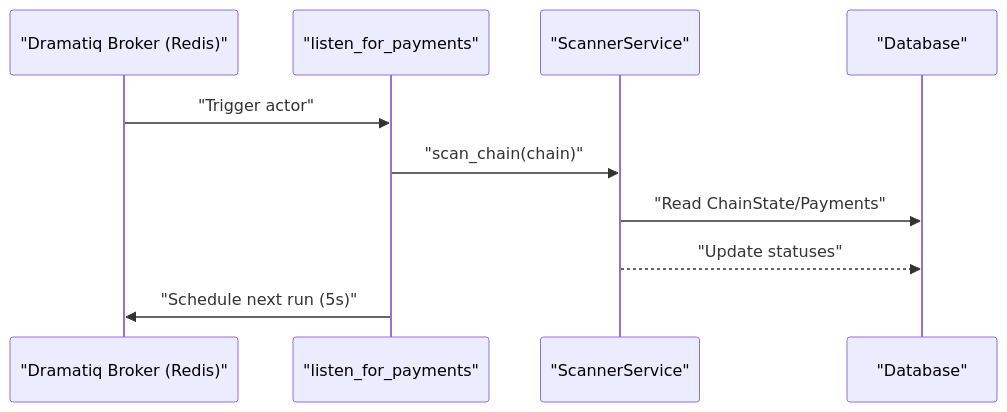
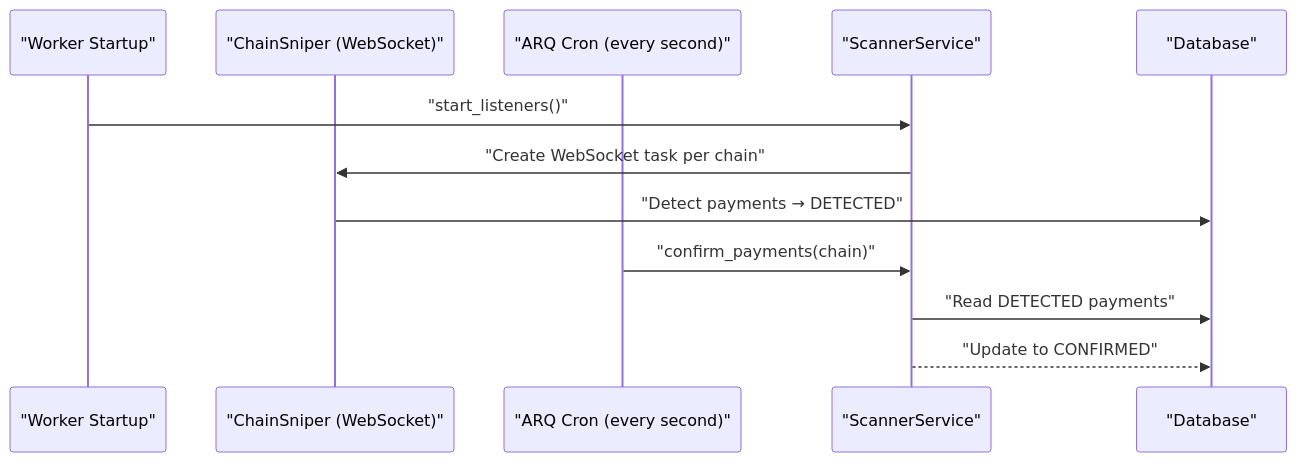
One commit to rakibhossain72/ctrip-docs changed the seventh of 10 diagrams in docs/project-overview/project-overview.md. Above: the diagram before and after it, drawn with Mermaid. The commit also changed other lines of this file and 25 other files, not shown here.

First line of the commit message:
docs: Update documentation to reflect ARQ task migration from Dramatiq

````diff
--- a/docs/project-overview/project-overview.md
+++ b/docs/project-overview/project-overview.md
@@ -326,12 +328,14 @@
 ```mermaid
 sequenceDiagram
-participant Scheduler as "Dramatiq Broker (Redis)"
-participant Listener as "listen_for_payments"
+participant Startup as "Worker Startup"
+participant Sniper as "ChainSniper (WebSocket)"
+participant Cron as "ARQ Cron (every second)"
 participant Scanner as "ScannerService"
 participant DB as "Database"
-Scheduler->>Listener : "Trigger actor"
-Listener->>Scanner : "scan_chain(chain)"
-Scanner->>DB : "Read ChainState/Payments"
-Scanner-->>DB : "Update statuses"
-Listener->>Scheduler : "Schedule next run (5s)"
+Startup->>Scanner : "start_listeners()"
+Scanner->>Sniper : "Create WebSocket task per chain"
+Sniper->>DB : "Detect payments → DETECTED"
+Cron->>Scanner : "confirm_payments(chain)"
+Scanner->>DB : "Read DETECTED payments"
+Scanner-->>DB : "Update to CONFIRMED"
 ```
````
